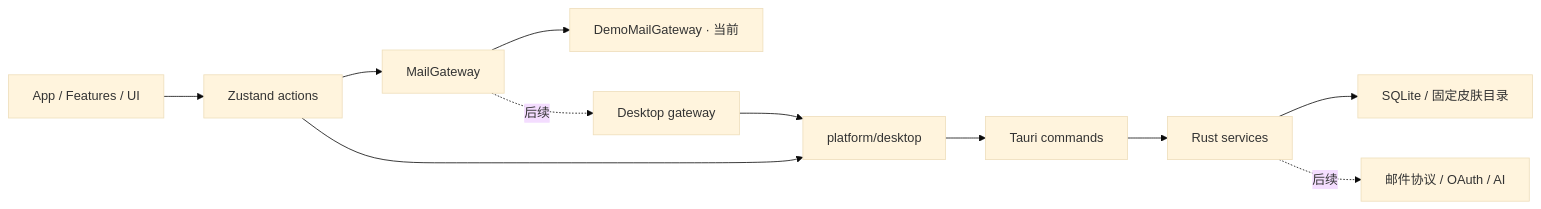
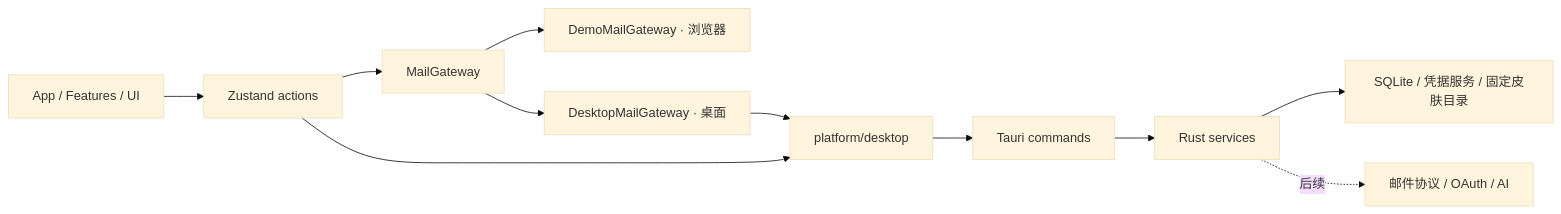
One commit to superauu/auu_email_client changed the diagram in docs/ARCHITECTURE.md. Above: the diagram before and after it, drawn with Mermaid (base theme). The commit also changed other lines of this file and 16 other files, not shown here.

Commit message:
feat(native): 阶段 A1——SQLite 邮件仓库、系统凭据服务、分页查询 IPC 与桌面 gateway

````diff
--- a/docs/ARCHITECTURE.md
+++ b/docs/ARCHITECTURE.md
@@ -31,13 +32,13 @@
 ```mermaid
 flowchart LR
   UI[App / Features / UI] --> Store[Zustand actions]
   Store --> Gateway[MailGateway]
-  Gateway --> Demo[DemoMailGateway · 当前]
-  Gateway -. 后续 .-> Bridge[Desktop gateway]
+  Gateway --> Demo[DemoMailGateway · 浏览器]
+  Gateway --> DesktopGw[DesktopMailGateway · 桌面]
   Store --> Platform[platform/desktop]
-  Bridge --> Platform
+  DesktopGw --> Platform
   Platform --> IPC[Tauri commands]
   IPC --> Native[Rust services]
-  Native --> Storage[SQLite / 固定皮肤目录]
+  Native --> Storage[SQLite / 凭据服务 / 固定皮肤目录]
   Native -. 后续 .-> Providers[邮件协议 / OAuth / AI]
 ```
````
